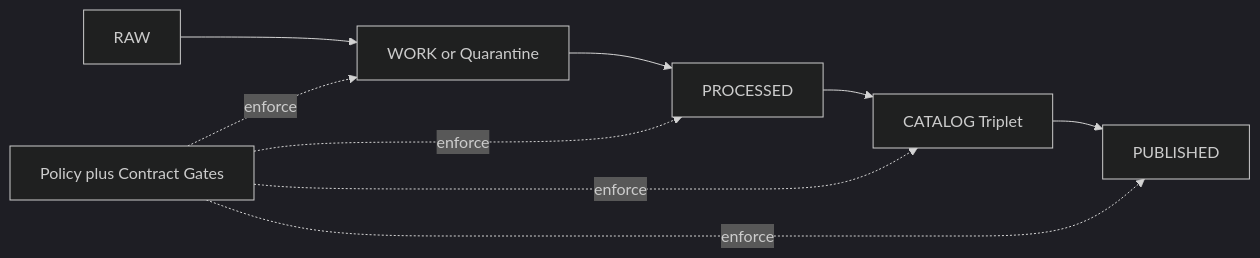
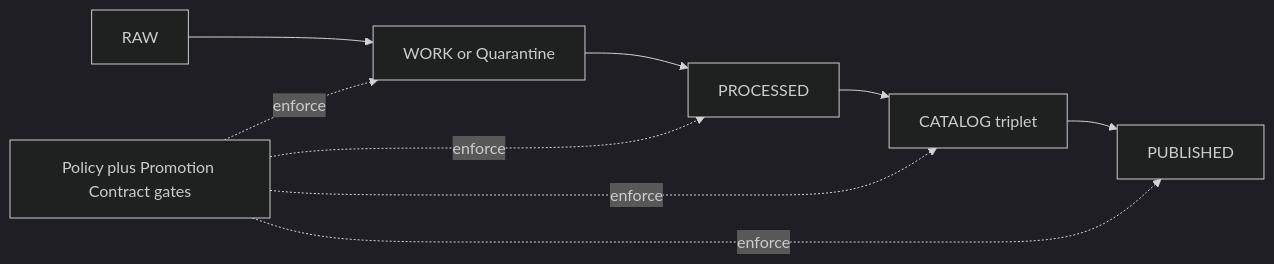
Before and after one commit to bartytime4life/Kansas-Frontier-Matrix: the second of 2 diagrams in policy/README.md, drawn with Mermaid (dark theme). The commit also changed other lines of this file, not shown here.

````diff
--- a/policy/README.md
+++ b/policy/README.md
@@ -220,8 +302,8 @@
 ```mermaid
 flowchart LR
-  RAW["RAW"] --> WORK["WORK or Quarantine"] --> PROCESSED["PROCESSED"] --> CATALOG["CATALOG Triplet"] --> PUBLISHED["PUBLISHED"]
-  Gate["Policy plus Contract Gates"] -.enforce.-> WORK
+  RAW["RAW"] --> WORK["WORK or Quarantine"] --> PROCESSED["PROCESSED"] --> CATALOG["CATALOG triplet"] --> PUBLISHED["PUBLISHED"]
+  Gate["Policy plus Promotion Contract gates"] -.enforce.-> WORK
   Gate -.enforce.-> PROCESSED
   Gate -.enforce.-> CATALOG
   Gate -.enforce.-> PUBLISHED
 ```
````
